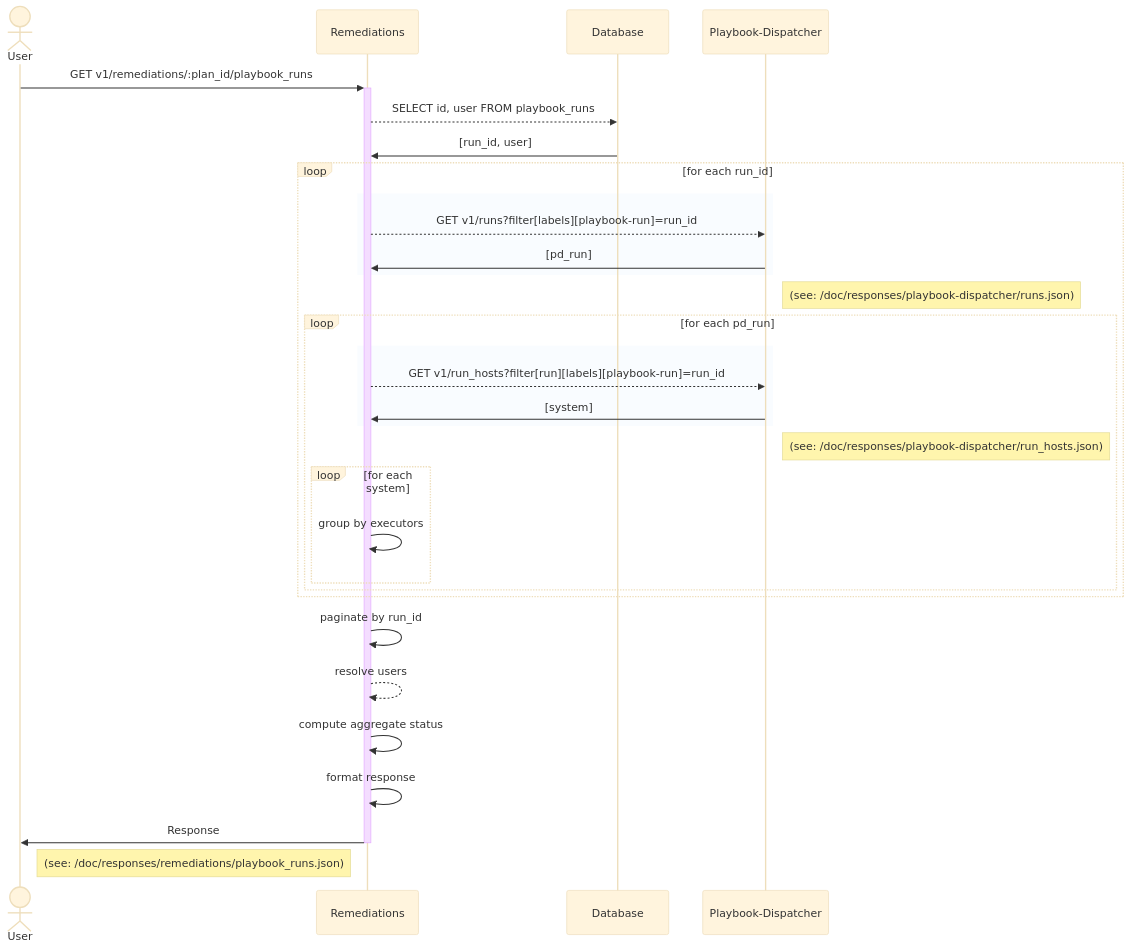
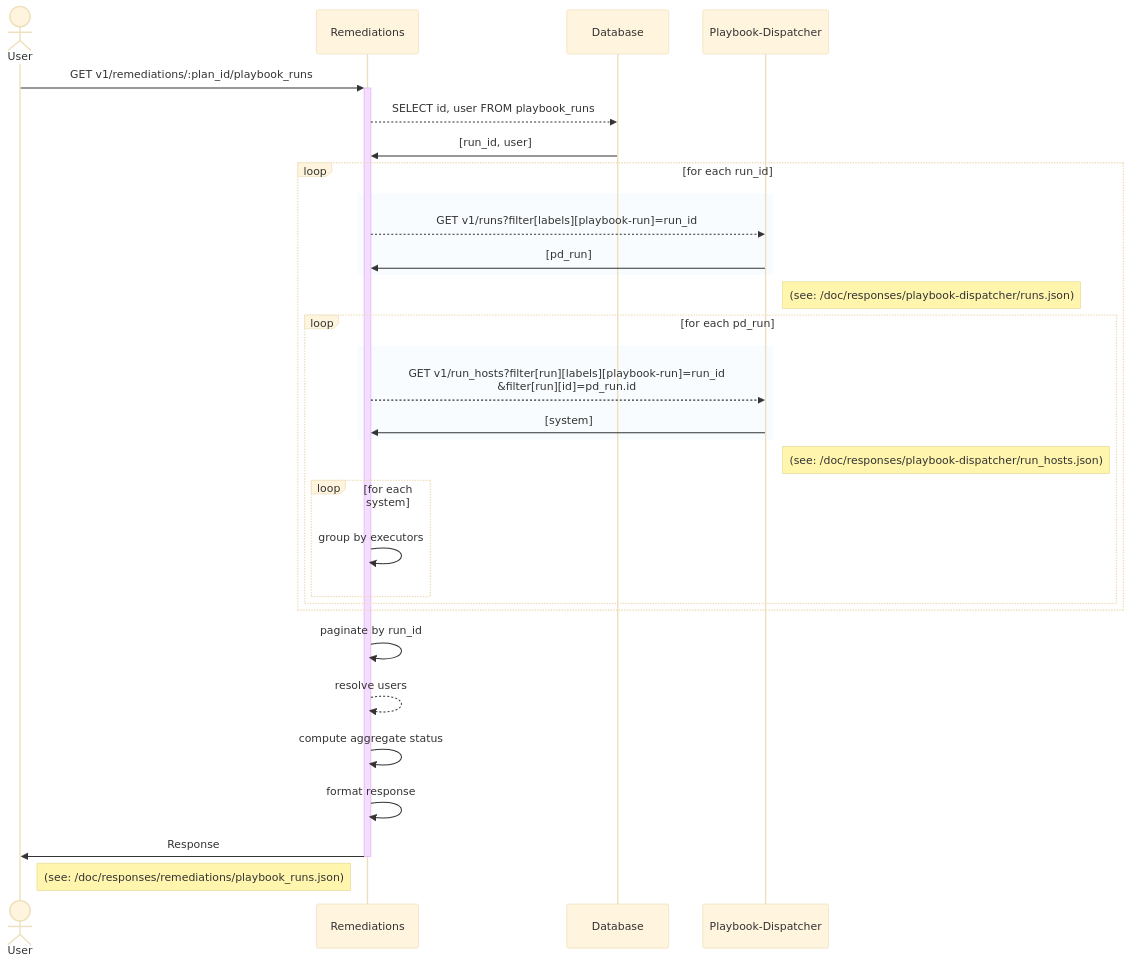
One commit to RedHatInsights/insights-remediations changed the diagram in doc/diagrams/v1/remediations/{plan_id}/playbook_runs/GET.md. Above: the diagram before and after it, drawn with Mermaid (base theme).

Commit message:
RHINENG-16336: Added missing pd_run.id to api GET

````diff
--- a/doc/diagrams/v1/remediations/{plan_id}/playbook_runs/GET.md
+++ b/doc/diagrams/v1/remediations/{plan_id}/playbook_runs/GET.md
@@ -17,34 +17,34 @@
 ```mermaid
 sequenceDiagram
     actor u as User
     participant rem as Remediations
     participant db as Database
     participant pd as Playbook-Dispatcher
 
     u ->> + rem: GET v1/remediations/:plan_id/playbook_runs
     rem -->> db: SELECT id, user FROM playbook_runs 
     db ->> rem: [run_id, user]
     loop for each run_id
        rect rgba(191, 223, 255, .1)
           rem -->> pd: GET v1/runs?filter[labels][playbook-run]=run_id
           pd ->> rem: [pd_run]
        end
        note right of pd: (see: /doc/responses/playbook-dispatcher/runs.json)
        loop for each pd_run
            rect rgba(191, 223, 255, .1)
-              rem -->> pd: GET v1/run_hosts?filter[run][labels][playbook-run]=run_id
+              rem -->> pd: GET v1/run_hosts?filter[run][labels][playbook-run]=run_id<br/>&filter[run][id]=pd_run.id
               pd ->> rem: [system]
            end
            note right of pd: (see: /doc/responses/playbook-dispatcher/run_hosts.json)
            loop for each system
                rem ->> rem: group by executors
            end
        end
     end
     rem ->> rem: paginate by run_id
     rem -->> rem: resolve users
     rem ->> rem: compute aggregate status
     rem ->> rem: format response
     rem ->> - u: Response
     note left of rem: (see: /doc/responses/remediations/playbook_runs.json)
 ```
````
